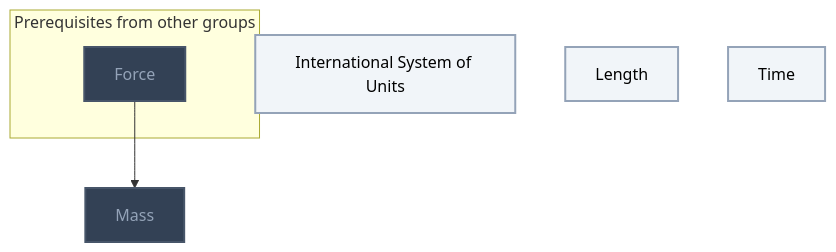
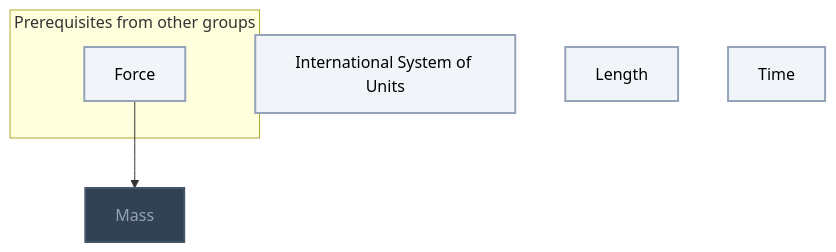
The first of 15 diagrams in Gamification/Skill Trees/Classical Mechanics.md (MRauf1/My-Notes), drawn with Mermaid before and after one commit. The commit also changed other lines of this file and 57 other files, not shown here.

````diff
--- a/Gamification/Skill Trees/Classical Mechanics.md
+++ b/Gamification/Skill Trees/Classical Mechanics.md
@@ -17,23 +17,23 @@
 ```mermaid
 flowchart TD
     classDef planned fill:#1E293B,stroke:#64748B,stroke-width:2px,stroke-dasharray:5 5,color:#94A3B8;
     classDef locked fill:#334155,stroke:#475569,stroke-width:2px,color:#94A3B8;
     classDef L0 fill:#F1F5F9,stroke:#94A3B8,stroke-width:2px,color:#000000;
     classDef L1 fill:#22C55E,stroke:#15803D,stroke-width:2px,color:#000000;
     classDef L2 fill:#3B82F6,stroke:#1D4ED8,stroke-width:3px,color:#FFFFFF;
     classDef L3 fill:#A855F7,stroke:#6B21A8,stroke-width:3px,color:#FFFFFF,font-weight:bold;
     classDef L4 fill:#F97316,stroke:#C2410C,stroke-width:4px,color:#000000,font-weight:bold;
     classDef L5 fill:#FFD700,stroke:#FF8C00,stroke-width:5px,color:#000000,font-weight:bold;
     classDef rusty stroke:#8B4513,stroke-width:4px,stroke-dasharray:3 3;
     subgraph sg_prereqs["Prerequisites from other groups"]
         n_force["Force"]
     end
     n_international_system_of_units["International System of Units"]
     n_length["Length"]
     n_mass["Mass"]
     n_time["Time"]
     n_force --> n_mass
-    class n_force,n_mass locked;
-    class n_international_system_of_units,n_length,n_time L0;
+    class n_mass locked;
+    class n_force,n_international_system_of_units,n_length,n_time L0;
     class n_force,n_international_system_of_units,n_length,n_mass,n_time internal-link;
 ```
````
